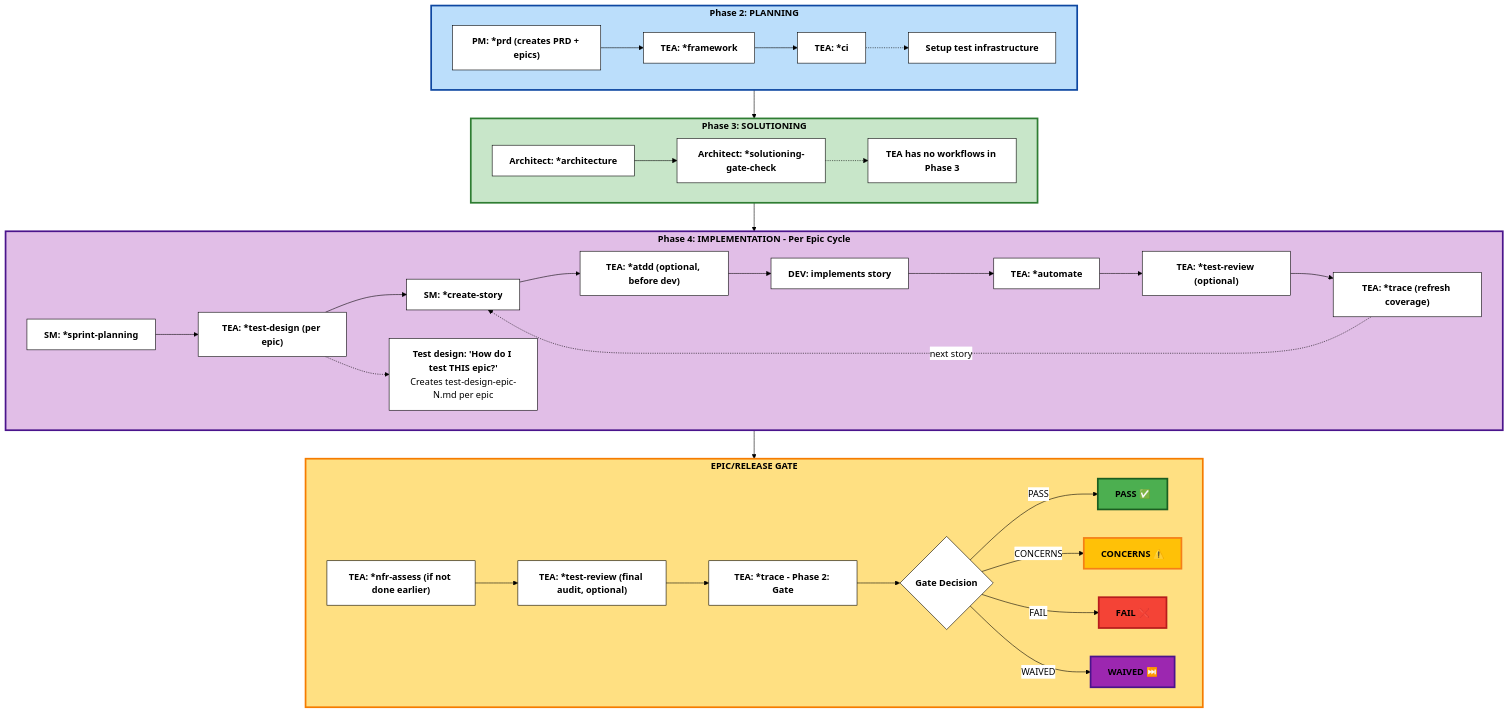
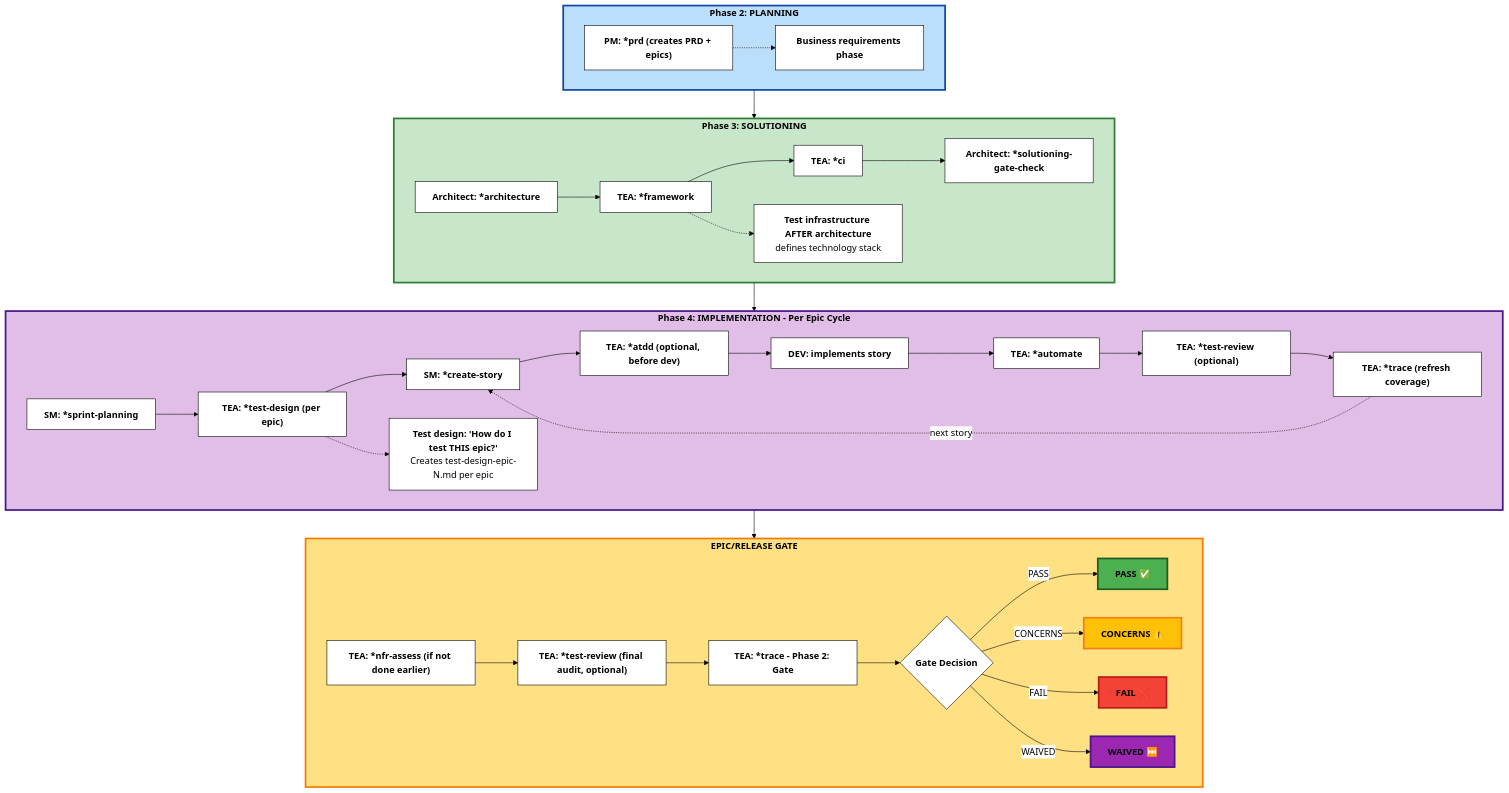
The diagram in src/modules/bmm/docs/test-architecture.md (bmad-code-org/BMAD-METHOD), drawn with Mermaid before and after one commit. The commit also changed other lines of this file and 3 other files, not shown here.

````diff
--- a/src/modules/bmm/docs/test-architecture.md
+++ b/src/modules/bmm/docs/test-architecture.md
@@ -17,71 +17,71 @@
 ```mermaid
 %%{init: {'theme':'base', 'themeVariables': { 'primaryColor':'#fff','primaryTextColor':'#000','primaryBorderColor':'#000','lineColor':'#000','secondaryColor':'#fff','tertiaryColor':'#fff','fontSize':'16px','fontFamily':'arial'}}}%%
 graph TB
     subgraph Phase2["<b>Phase 2: PLANNING</b>"]
         PM["<b>PM: *prd (creates PRD + epics)</b>"]
-        Framework["<b>TEA: *framework</b>"]
-        CI["<b>TEA: *ci</b>"]
-        PM --> Framework
-        Framework --> CI
-        SetupNote["<b>Setup test infrastructure</b>"]
-        CI -.-> SetupNote
+        PlanNote["<b>Business requirements phase</b>"]
+        PM -.-> PlanNote
     end
 
     subgraph Phase3["<b>Phase 3: SOLUTIONING</b>"]
         Architecture["<b>Architect: *architecture</b>"]
+        Framework["<b>TEA: *framework</b>"]
+        CI["<b>TEA: *ci</b>"]
         GateCheck["<b>Architect: *solutioning-gate-check</b>"]
-        Architecture --> GateCheck
-        Phase3Note["<b>TEA has no workflows in Phase 3</b>"]
-        GateCheck -.-> Phase3Note
+        Architecture --> Framework
+        Framework --> CI
+        CI --> GateCheck
+        Phase3Note["<b>Test infrastructure AFTER architecture</b><br/>defines technology stack"]
+        Framework -.-> Phase3Note
     end
 
     subgraph Phase4["<b>Phase 4: IMPLEMENTATION - Per Epic Cycle</b>"]
         SprintPlan["<b>SM: *sprint-planning</b>"]
         TestDesign["<b>TEA: *test-design (per epic)</b>"]
         CreateStory["<b>SM: *create-story</b>"]
         ATDD["<b>TEA: *atdd (optional, before dev)</b>"]
         DevImpl["<b>DEV: implements story</b>"]
         Automate["<b>TEA: *automate</b>"]
         TestReview1["<b>TEA: *test-review (optional)</b>"]
         Trace1["<b>TEA: *trace (refresh coverage)</b>"]
 
         SprintPlan --> TestDesign
         TestDesign --> CreateStory
         CreateStory --> ATDD
         ATDD --> DevImpl
         DevImpl --> Automate
         Automate --> TestReview1
         TestReview1 --> Trace1
         Trace1 -.->|next story| CreateStory
         TestDesignNote["<b>Test design: 'How do I test THIS epic?'</b><br/>Creates test-design-epic-N.md per epic"]
         TestDesign -.-> TestDesignNote
     end
 
     subgraph Gate["<b>EPIC/RELEASE GATE</b>"]
         NFR["<b>TEA: *nfr-assess (if not done earlier)</b>"]
         TestReview2["<b>TEA: *test-review (final audit, optional)</b>"]
         TraceGate["<b>TEA: *trace - Phase 2: Gate</b>"]
         GateDecision{"<b>Gate Decision</b>"}
 
         NFR --> TestReview2
         TestReview2 --> TraceGate
         TraceGate --> GateDecision
         GateDecision -->|PASS| Pass["<b>PASS ✅</b>"]
         GateDecision -->|CONCERNS| Concerns["<b>CONCERNS ⚠️</b>"]
         GateDecision -->|FAIL| Fail["<b>FAIL ❌</b>"]
         GateDecision -->|WAIVED| Waived["<b>WAIVED ⏭️</b>"]
     end
 
     Phase2 --> Phase3
     Phase3 --> Phase4
     Phase4 --> Gate
 
     style Phase2 fill:#bbdefb,stroke:#0d47a1,stroke-width:3px,color:#000
     style Phase3 fill:#c8e6c9,stroke:#2e7d32,stroke-width:3px,color:#000
     style Phase4 fill:#e1bee7,stroke:#4a148c,stroke-width:3px,color:#000
     style Gate fill:#ffe082,stroke:#f57c00,stroke-width:3px,color:#000
     style Pass fill:#4caf50,stroke:#1b5e20,stroke-width:3px,color:#000
     style Concerns fill:#ffc107,stroke:#f57f17,stroke-width:3px,color:#000
     style Fail fill:#f44336,stroke:#b71c1c,stroke-width:3px,color:#000
     style Waived fill:#9c27b0,stroke:#4a148c,stroke-width:3px,color:#000
 ```
````
